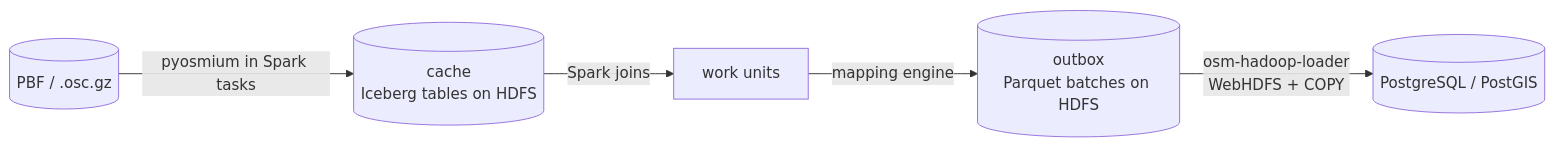
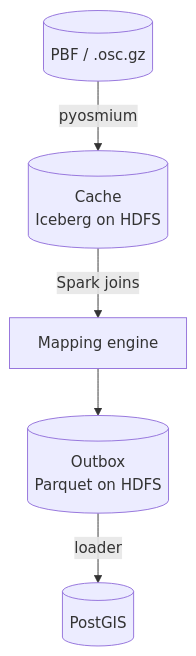
Before and after one commit to johngian/osm-spark-import: the diagram in README.md, drawn with Mermaid. The commit also changed 2 other files, not shown here.

Commit message:
Make diagrams fit small screens

````diff
--- a/README.md
+++ b/README.md
@@ -8,7 +8,7 @@
 ```mermaid
-flowchart LR
-    pbf[(PBF / .osc.gz)] -->|pyosmium in Spark tasks| cache[(cache<br/>Iceberg tables on HDFS)]
-    cache -->|Spark joins| units[work units]
-    units -->|mapping engine| outbox[(outbox<br/>Parquet batches on HDFS)]
-    outbox -->|osm-hadoop-loader<br/>WebHDFS + COPY| pg[(PostgreSQL / PostGIS)]
+flowchart TB
+    src[(PBF / .osc.gz)] -->|pyosmium| cache[(Cache<br/>Iceberg on HDFS)]
+    cache -->|Spark joins| eng[Mapping engine]
+    eng --> outbox[(Outbox<br/>Parquet on HDFS)]
+    outbox -->|loader| pg[(PostGIS)]
 ```
````
